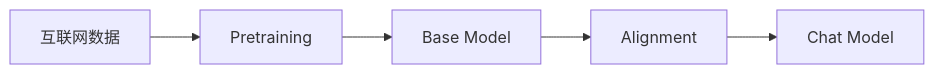
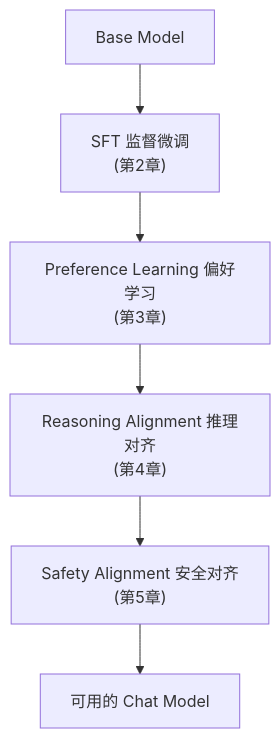
Before and after one commit to AI-learning-simple/Build-Your-Own-LLM: the second of 3 diagrams in 2. Alignment 与训练工程/1. Alignment——为什么 GPT 变成了 ChatGPT.md, drawn with Mermaid. The commit also changed other lines of this file and 41 other files, not shown here.

````diff
--- a/2. Alignment 与训练工程/1. Alignment——为什么 GPT 变成了 ChatGPT.md
+++ b/2. Alignment 与训练工程/1. Alignment——为什么 GPT 变成了 ChatGPT.md
@@ -65,4 +99,8 @@
 ```mermaid
-flowchart LR
-    A[互联网数据] --> B[Pretraining] --> C[Base Model] --> D[Alignment] --> E[Chat Model]
+flowchart TD
+    A[Base Model] --> B["SFT 监督微调<br/>(第2章)"]
+    B --> C["Preference Learning 偏好学习<br/>(第3章)"]
+    C --> D["Reasoning Alignment 推理对齐<br/>(第4章)"]
+    D --> E["Safety Alignment 安全对齐<br/>(第5章)"]
+    E --> F[可用的 Chat Model]
 ```
````
